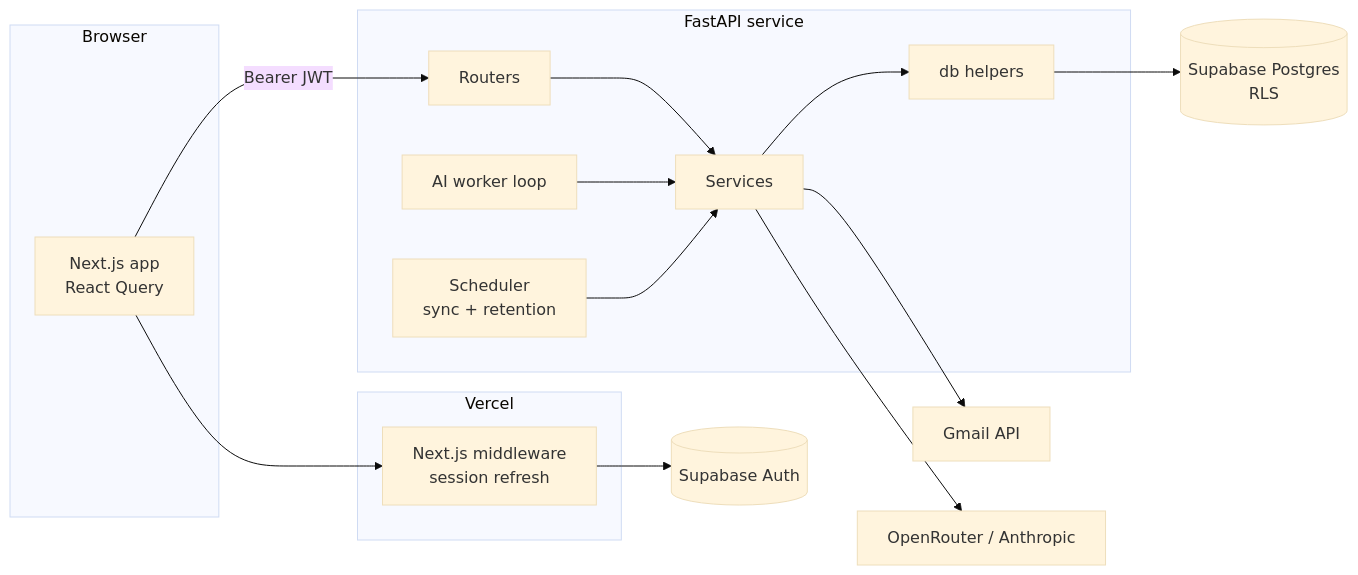
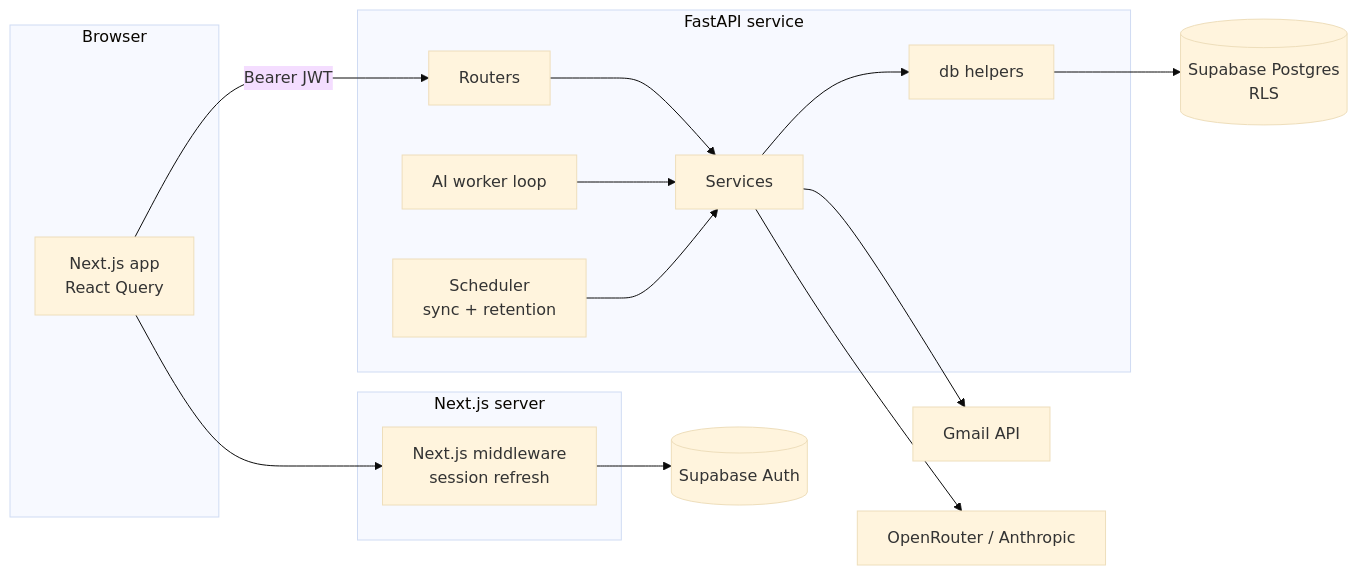
One commit to Joh221105/InboxIQ changed the diagram in docs/architecture.md. Above: the diagram before and after it, drawn with Mermaid (base theme). The commit also changed 2 other files, not shown here.

Commit message:
docs: note that InboxIQ runs locally and describe the fallback
InboxIQ is not hosted anywhere for now. Say so at the top of the README,
in the tech stack and above the deployment steps, which stay as the
instructions for hosting it later.

Also describe the AI pipeline as it now behaves: the fallback covers
unusable answers as well as outages, and every prompt is capped at the
first 4,000 characters of an email.

````diff
--- a/docs/architecture.md
+++ b/docs/architecture.md
@@ -10,21 +10,21 @@
 ```mermaid
 flowchart LR
   subgraph Browser
     UI[Next.js app<br/>React Query]
   end
-  subgraph Vercel
+  subgraph Next[Next.js server]
     MW[Next.js middleware<br/>session refresh]
   end
   subgraph API[FastAPI service]
     R[Routers] --> S[Services]
     S --> D[db helpers]
     W[AI worker loop] --> S
     SCH[Scheduler<br/>sync + retention] --> S
   end
   UI -- Bearer JWT --> R
   UI --> MW
   MW --> SA[(Supabase Auth)]
   D --> PG[(Supabase Postgres<br/>RLS)]
   S --> G[Gmail API]
   S --> LLM[OpenRouter / Anthropic]
 ```
````
